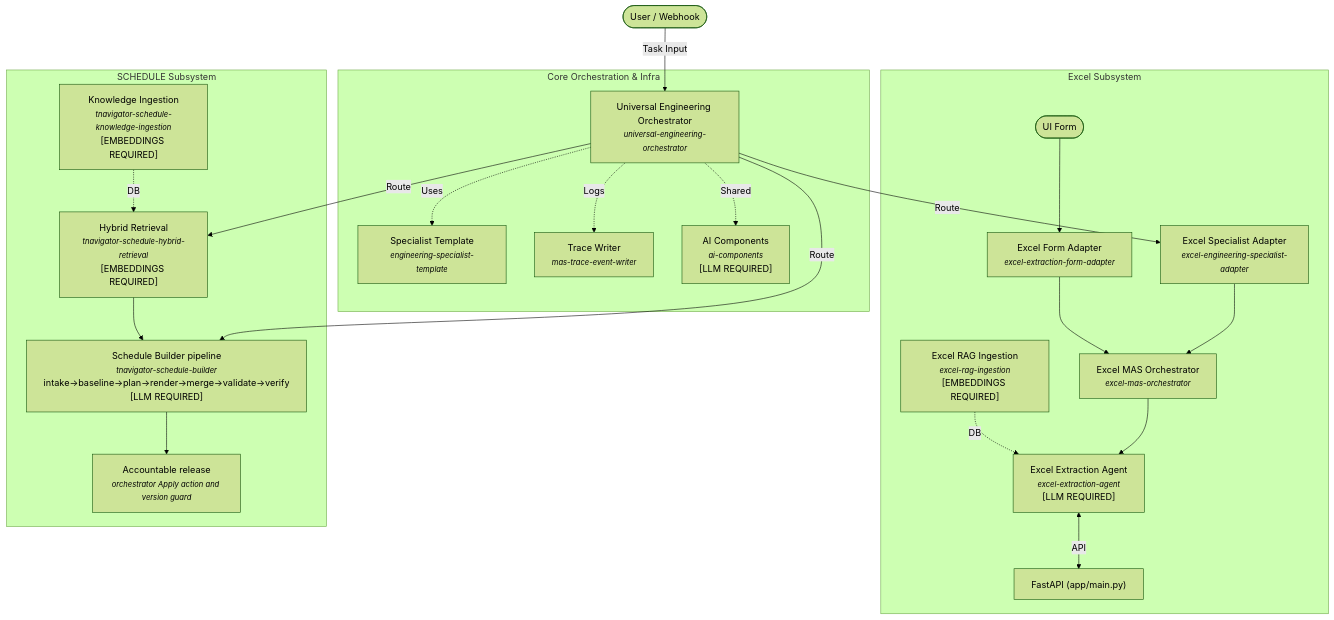
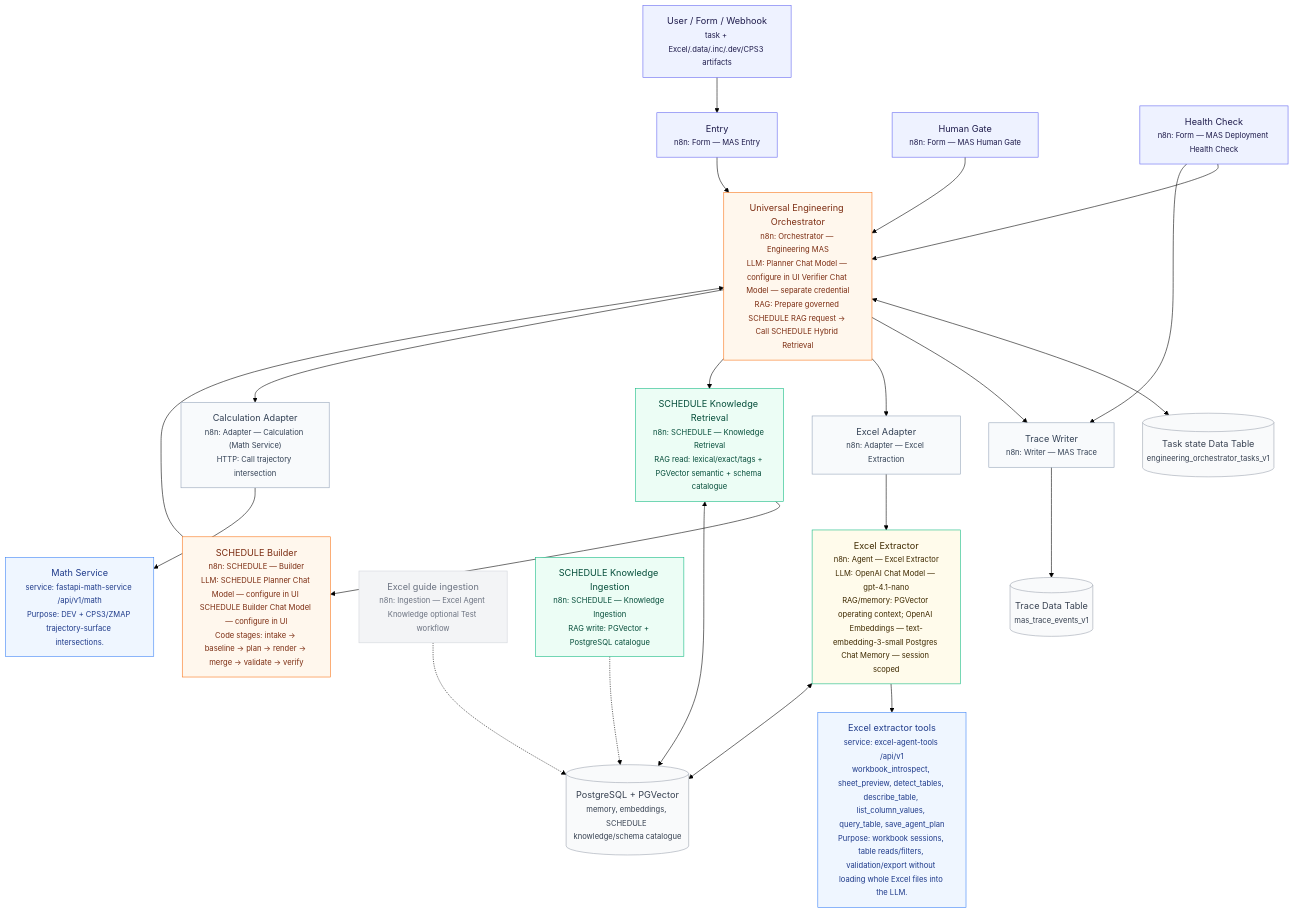
One commit to lun1tunes/omegalul changed the diagram in docs/architecture/MAS_ARCHITECTURE.md. Above: the diagram before and after it, drawn with Mermaid (forest theme). The commit also changed other lines of this file and 4 other files, not shown here.

````diff
--- a/docs/architecture/MAS_ARCHITECTURE.md
+++ b/docs/architecture/MAS_ARCHITECTURE.md
@@ -9,39 +9,49 @@
 ```mermaid
-graph TD
-    User([User / Webhook]) --> |Task Input| O["Universal Engineering Orchestrator<br/><small><i>universal-engineering-orchestrator</i></small>"]
-    
-    subgraph "Core Orchestration & Infra"
-        O -.-> |Uses| Tpl["Specialist Template<br/><small><i>engineering-specialist-template</i></small>"]
-        O -.-> |Logs| Trace["Trace Writer<br/><small><i>mas-trace-event-writer</i></small>"]
-        O -.-> |Shared| AI["AI Components<br/><small><i>ai-components</i></small><br/>[LLM REQUIRED]"]
-    end
+%%{init: {"flowchart": {"htmlLabels": true}, "securityLevel": "loose"}}%%
+flowchart TB
+    classDef entry fill:#eef2ff,stroke:#6366f1,color:#1e1b4b
+    classDef llm fill:#fff7ed,stroke:#f97316,color:#7c2d12
+    classDef rag fill:#ecfdf5,stroke:#10b981,color:#064e3b
+    classDef llmrag fill:#fffbeb,stroke:#10b981,color:#3f2a00
+    classDef svc fill:#eff6ff,stroke:#3b82f6,color:#1e3a8a
+    classDef data fill:#f9fafb,stroke:#9ca3af,color:#374151
+    classDef code fill:#f8fafc,stroke:#94a3b8,color:#334155
+    classDef optional fill:#f3f4f6,stroke:#d1d5db,color:#6b7280
 
-    subgraph "Excel Subsystem"
-        E_Adapt["Excel Specialist Adapter<br/><small><i>excel-engineering-specialist-adapter</i></small>"]
-        E_Form["Excel Form Adapter<br/><small><i>excel-extraction-form-adapter</i></small>"]
-        
-        E_Mas["Excel MAS Orchestrator<br/><small><i>excel-mas-orchestrator</i></small>"]
-        E_Agent["Excel Extraction Agent<br/><small><i>excel-extraction-agent</i></small><br/>[LLM REQUIRED]"]
-        E_RAG["Excel RAG Ingestion<br/><small><i>excel-rag-ingestion</i></small><br/>[EMBEDDINGS REQUIRED]"]
-        
-        O --> |Route| E_Adapt
-        User_Form([UI Form]) --> E_Form
-        E_Adapt --> E_Mas
-        E_Form --> E_Mas
-        E_Mas --> E_Agent
-        E_RAG -.-> |DB| E_Agent
-        E_Agent <--> |API| FastAPI["FastAPI (app/main.py)"]
-    end
+    User["User / Form / Webhook<br/><small><span style='color:#6b7280'>task + Excel/.data/.inc/.dev/CPS3 artifacts</span></small>"]:::entry
+    Entry["Entry<br/><small><span style='color:#6b7280'>n8n: Form — MAS Entry</span></small>"]:::entry
+    Gate["Human Gate<br/><small><span style='color:#6b7280'>n8n: Form — MAS Human Gate</span></small>"]:::entry
+    Health["Health Check<br/><small><span style='color:#6b7280'>n8n: Form — MAS Deployment Health Check</span></small>"]:::entry
 
-    subgraph "SCHEDULE Subsystem"
-        S_K_Ing["Knowledge Ingestion<br/><small><i>tnavigator-schedule-knowledge-ingestion</i></small><br/>[EMBEDDINGS REQUIRED]"]
-        S_H_Ret["Hybrid Retrieval<br/><small><i>tnavigator-schedule-hybrid-retrieval</i></small><br/>[EMBEDDINGS REQUIRED]"]
-        S_Bld["Schedule Builder pipeline<br/><small><i>tnavigator-schedule-builder</i></small><br/>intake→baseline→plan→render→merge→validate→verify<br/>[LLM REQUIRED]"]
-        S_Rel["Accountable release<br/><small><i>orchestrator Apply action and version guard</i></small>"]
-        S_K_Ing -.-> |DB| S_H_Ret
-        O --> |Route| S_H_Ret
-        O --> |Route| S_Bld
-        S_H_Ret --> S_Bld
-        S_Bld --> S_Rel
-    end
+    O["Universal Engineering Orchestrator<br/><small><span style='color:#6b7280'>n8n: Orchestrator — Engineering MAS</span></small><br/><small>LLM: Planner Chat Model — configure in UI; Verifier Chat Model — separate credential</small><br/><small>RAG: Prepare governed SCHEDULE RAG request → Call SCHEDULE Hybrid Retrieval</small>"]:::llm
+    TaskDT[("Task state Data Table<br/><small><span style='color:#6b7280'>engineering_orchestrator_tasks_v1</span></small>")]:::data
+    Trace["Trace Writer<br/><small><span style='color:#6b7280'>n8n: Writer — MAS Trace</span></small>"]:::code
+    TraceDT[("Trace Data Table<br/><small><span style='color:#6b7280'>mas_trace_events_v1</span></small>")]:::data
+
+    E_Adapt["Excel Adapter<br/><small><span style='color:#6b7280'>n8n: Adapter — Excel Extraction</span></small>"]:::code
+    E_Agent["Excel Extractor<br/><small><span style='color:#6b7280'>n8n: Agent — Excel Extractor</span></small><br/><small>LLM: OpenAI Chat Model — gpt-4.1-nano</small><br/><small>RAG/memory: PGVector operating context; OpenAI Embeddings — text-embedding-3-small; Postgres Chat Memory — session scoped</small>"]:::llmrag
+    ExcelTools["Excel extractor tools<br/><small><span style='color:#6b7280'>service: excel-agent-tools /api/v1</span></small><br/><small><span style='color:#6b7280'>workbook_introspect, sheet_preview, detect_tables, describe_table, list_column_values, query_table, save_agent_plan</span></small><br/><small><span style='color:#6b7280'>Purpose: workbook sessions, table reads/filters, validation/export without loading whole Excel files into the LLM.</span></small>"]:::svc
+    E_RAG["Excel guide ingestion<br/><small><span style='color:#6b7280'>n8n: Ingestion — Excel Agent Knowledge; optional Test workflow</span></small>"]:::optional
+
+    S_K_Ing["SCHEDULE Knowledge Ingestion<br/><small><span style='color:#6b7280'>n8n: SCHEDULE — Knowledge Ingestion</span></small><br/><small>RAG write: PGVector + PostgreSQL catalogue</small>"]:::rag
+    S_H_Ret["SCHEDULE Knowledge Retrieval<br/><small><span style='color:#6b7280'>n8n: SCHEDULE — Knowledge Retrieval</span></small><br/><small>RAG read: lexical/exact/tags + PGVector semantic + schema catalogue</small>"]:::rag
+    S_Bld["SCHEDULE Builder<br/><small><span style='color:#6b7280'>n8n: SCHEDULE — Builder</span></small><br/><small>LLM: SCHEDULE Planner Chat Model — configure in UI; SCHEDULE Builder Chat Model — configure in UI</small><br/><small>Code stages: intake → baseline → plan → render → merge → validate → verify</small>"]:::llm
+
+    C_Adapt["Calculation Adapter<br/><small><span style='color:#6b7280'>n8n: Adapter — Calculation (Math Service)</span></small><br/><small>HTTP: Call trajectory intersection</small>"]:::code
+    MathSvc["Math Service<br/><small><span style='color:#6b7280'>service: fastapi-math-service /api/v1/math</span></small><br/><small><span style='color:#6b7280'>Purpose: DEV + CPS3/ZMAP trajectory-surface intersections.</span></small>"]:::svc
+    Pg[("PostgreSQL + PGVector<br/><small><span style='color:#6b7280'>memory, embeddings, SCHEDULE knowledge/schema catalogue</span></small>")]:::data
+
+    User --> Entry --> O
+    Gate --> O
+    Health --> O
+    Health --> Trace
+    O <--> TaskDT
+    O --> Trace --> TraceDT
+    O --> E_Adapt --> E_Agent --> ExcelTools
+    E_Agent <--> Pg
+    E_RAG -.-> Pg
+    O --> S_H_Ret --> S_Bld --> O
+    S_K_Ing -.-> Pg
+    S_H_Ret <--> Pg
+    O --> C_Adapt --> MathSvc
 ```
````
